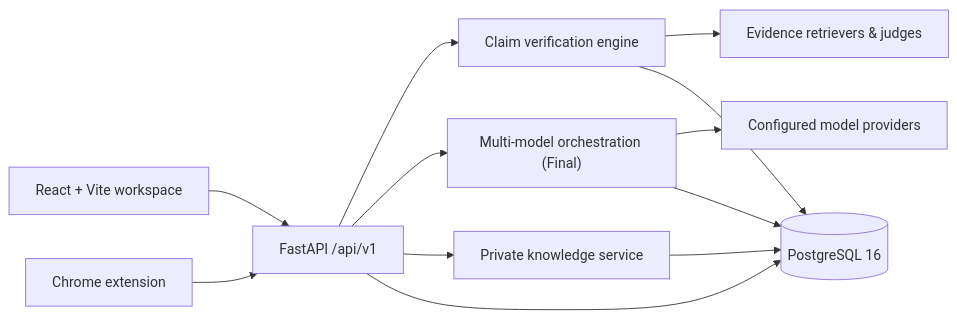
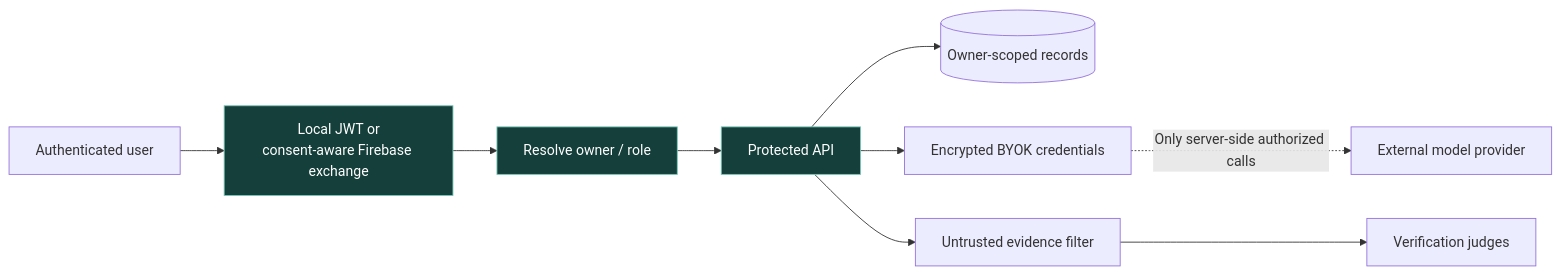
Before and after one commit to Arunprasath-2717/VerifAI: the fifth of 5 diagrams in README.md, drawn with Mermaid. The commit also changed other lines of this file and 1 other file, not shown here.

Commit message:
docs: redesign README with animated architecture guide

````diff
--- a/README.md
+++ b/README.md
@@ -90,14 +247,13 @@
 ```mermaid
 flowchart LR
-    W["React + Vite workspace"] --> API["FastAPI /api/v1"]
-    X["Chrome extension"] --> API
-    API --> V["Claim verification engine"]
-    API --> M["Multi-model orchestration (Final)"]
-    API --> K["Private knowledge service"]
-    V --> E["Evidence retrievers & judges"]
-    M --> P["Configured model providers"]
-    API --> DB[("PostgreSQL 16")]
-    K --> DB
-    V --> DB
-    M --> DB
+    USER["Authenticated user"] --> JWT["Local JWT or<br/>consent-aware Firebase exchange"]
+    JWT --> OWNER["Resolve owner / role"]
+    OWNER --> API["Protected API"]
+    API --> DATA[("Owner-scoped records")]
+    API --> KEYS["Encrypted BYOK credentials"]
+    API --> EVID["Untrusted evidence filter"]
+    EVID --> JUDGES["Verification judges"]
+    KEYS -.->|Only server-side authorized calls| PROVIDER["External model provider"]
+    classDef boundary fill:#153F3A,stroke:#78C6B8,color:#ffffff
+    class JWT,OWNER,API boundary
 ```
````
